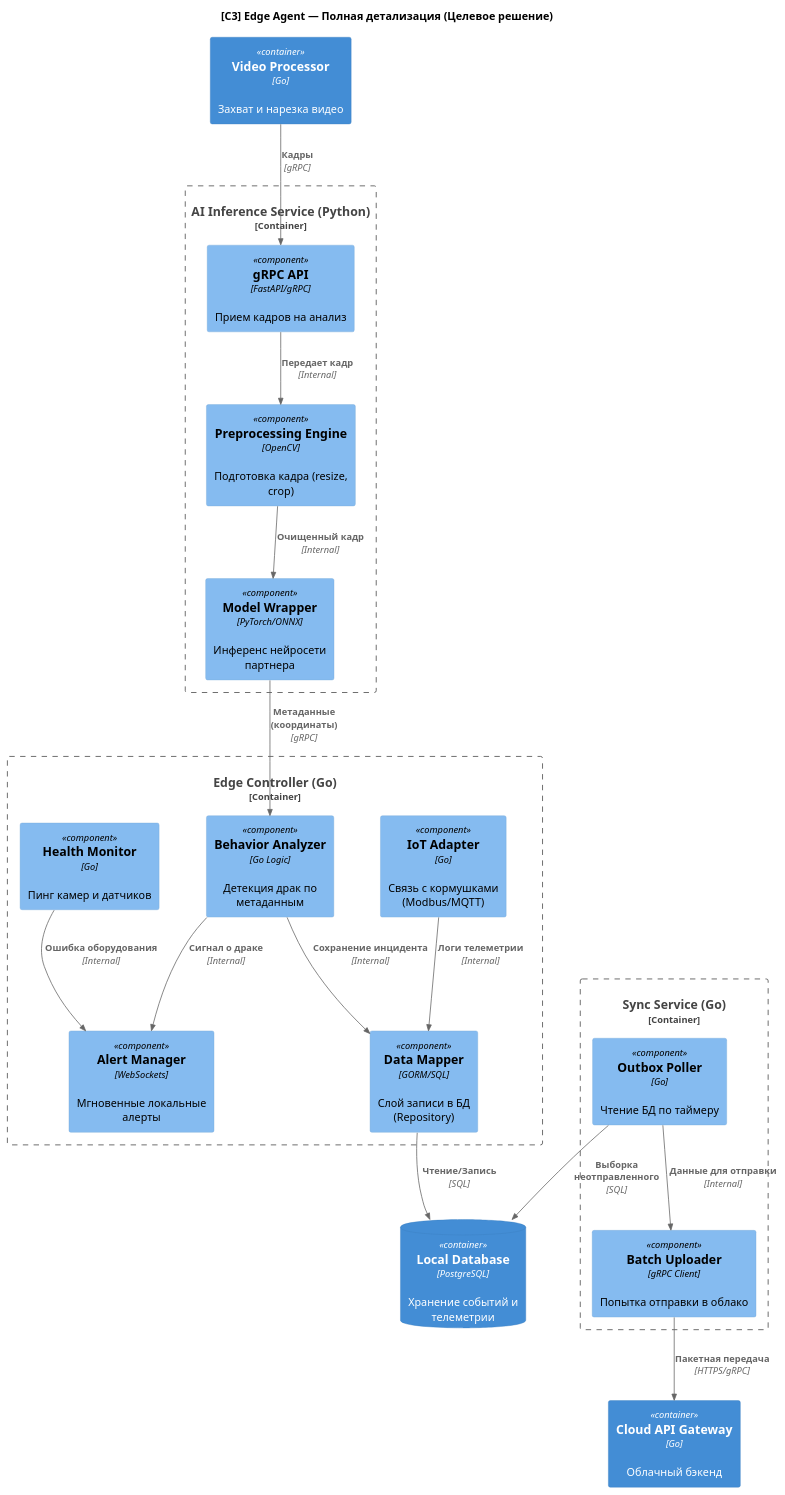
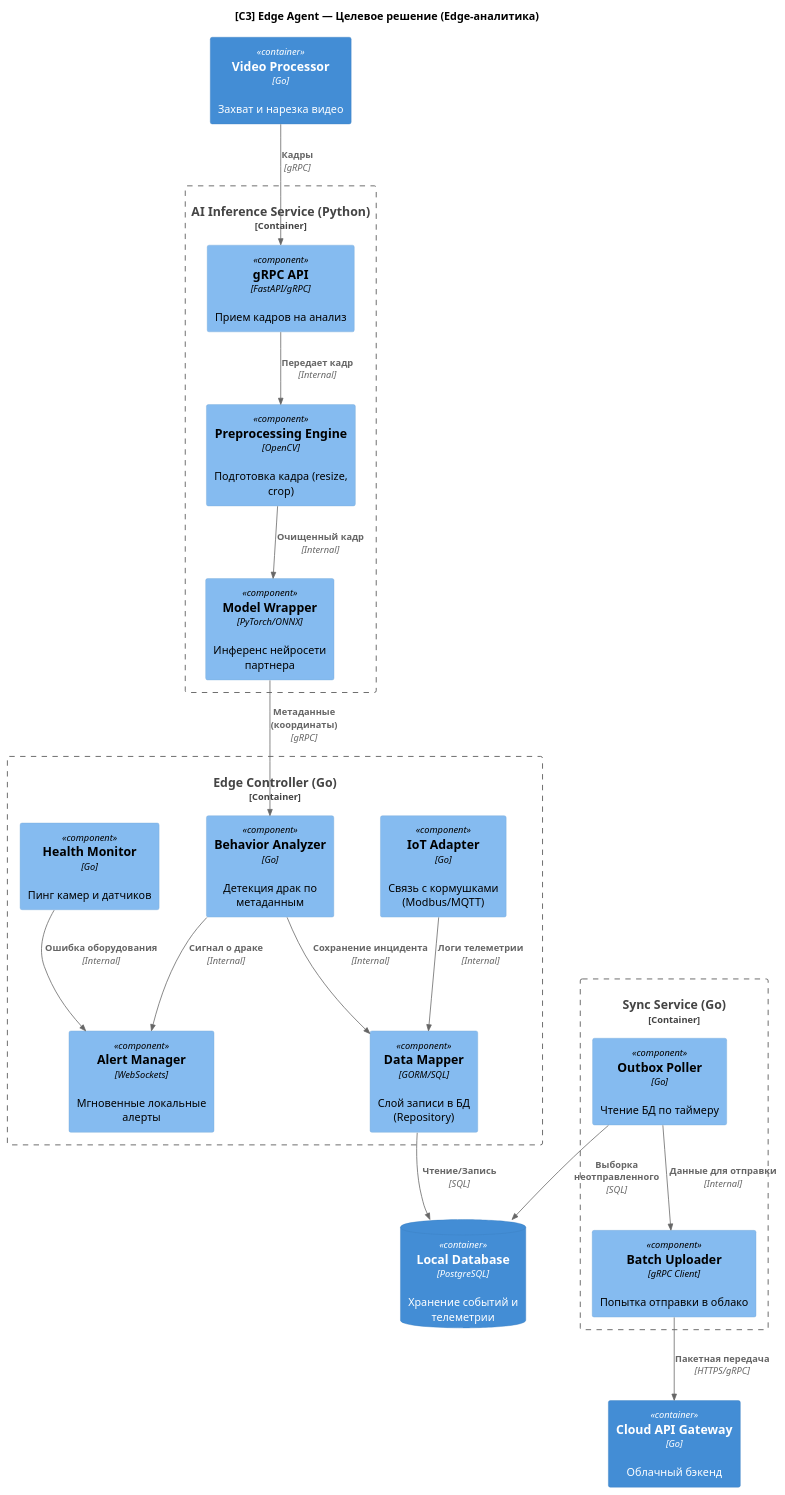
One commit to almiso/MSA-AgroTech changed the diagram in Task3/solution_c3_target.puml. Above: the diagram before and after it, drawn with PlantUML. The commit also changed 10 other files, not shown here.

```diff
--- a/Task3/solution_c3_target.puml
+++ b/Task3/solution_c3_target.puml
@@ -1,50 +1,51 @@
 @startuml
 !include https://raw.githubusercontent.com/plantuml-stdlib/C4-PlantUML/master/C4_Component.puml
 
-title [C3] Edge Agent — Полная детализация (Целевое решение)
+title [C3] Edge Agent — Целевое решение (Edge-аналитика)
+
 
 ' Внешние контейнеры для контекста
 Container(video_proc, "Video Processor", "Go", "Захват и нарезка видео")
 ContainerDb(local_db, "Local Database", "PostgreSQL", "Хранение событий и телеметрии")
 Container(cloud_api, "Cloud API Gateway", "Go", "Облачный бэкенд")
 
 ' 1. Внутренности AI Inference Service
 Container_Boundary(ai_service, "AI Inference Service (Python)") {
     Component(grpc_api, "gRPC API", "FastAPI/gRPC", "Прием кадров на анализ")
     Component(preproc, "Preprocessing Engine", "OpenCV", "Подготовка кадра (resize, crop)")
     Component(model_wrapper, "Model Wrapper", "PyTorch/ONNX", "Инференс нейросети партнера")
 
     Rel(grpc_api, preproc, "Передает кадр", "Internal")
     Rel(preproc, model_wrapper, "Очищенный кадр", "Internal")
 }
 
 ' 2. Внутренности Edge Controller
 Container_Boundary(edge_controller, "Edge Controller (Go)") {
-    Component(analyzer, "Behavior Analyzer", "Go Logic", "Детекция драк по метаданным")
+    Component(analyzer, "Behavior Analyzer", "Go", "Детекция драк по метаданным")
     Component(alert_mgr, "Alert Manager", "WebSockets", "Мгновенные локальные алерты")
     Component(iot_adapter, "IoT Adapter", "Go", "Связь с кормушками (Modbus/MQTT)")
     Component(health, "Health Monitor", "Go", "Пинг камер и датчиков")
     Component(data_mapper, "Data Mapper", "GORM/SQL", "Слой записи в БД (Repository)")
 
     Rel(analyzer, alert_mgr, "Сигнал о драке", "Internal")
     Rel(analyzer, data_mapper, "Сохранение инцидента", "Internal")
     Rel(health, alert_mgr, "Ошибка оборудования", "Internal")
     Rel(iot_adapter, data_mapper, "Логи телеметрии", "Internal")
 }
 
 ' 3. Внутренности Sync Service
 Container_Boundary(sync_service, "Sync Service (Go)") {
     Component(poller, "Outbox Poller", "Go", "Чтение БД по таймеру")
     Component(uploader, "Batch Uploader", "gRPC Client", "Попытка отправки в облако")
 
     Rel(poller, uploader, "Данные для отправки", "Internal")
 }
 
 ' Внешние связи между контейнерами
 Rel(video_proc, grpc_api, "Кадры", "gRPC")
 Rel(model_wrapper, analyzer, "Метаданные (координаты)", "gRPC")
 Rel(data_mapper, local_db, "Чтение/Запись", "SQL")
 Rel(poller, local_db, "Выборка неотправленного", "SQL")
 Rel(uploader, cloud_api, "Пакетная передача", "HTTPS/gRPC")
 
 @enduml
```
